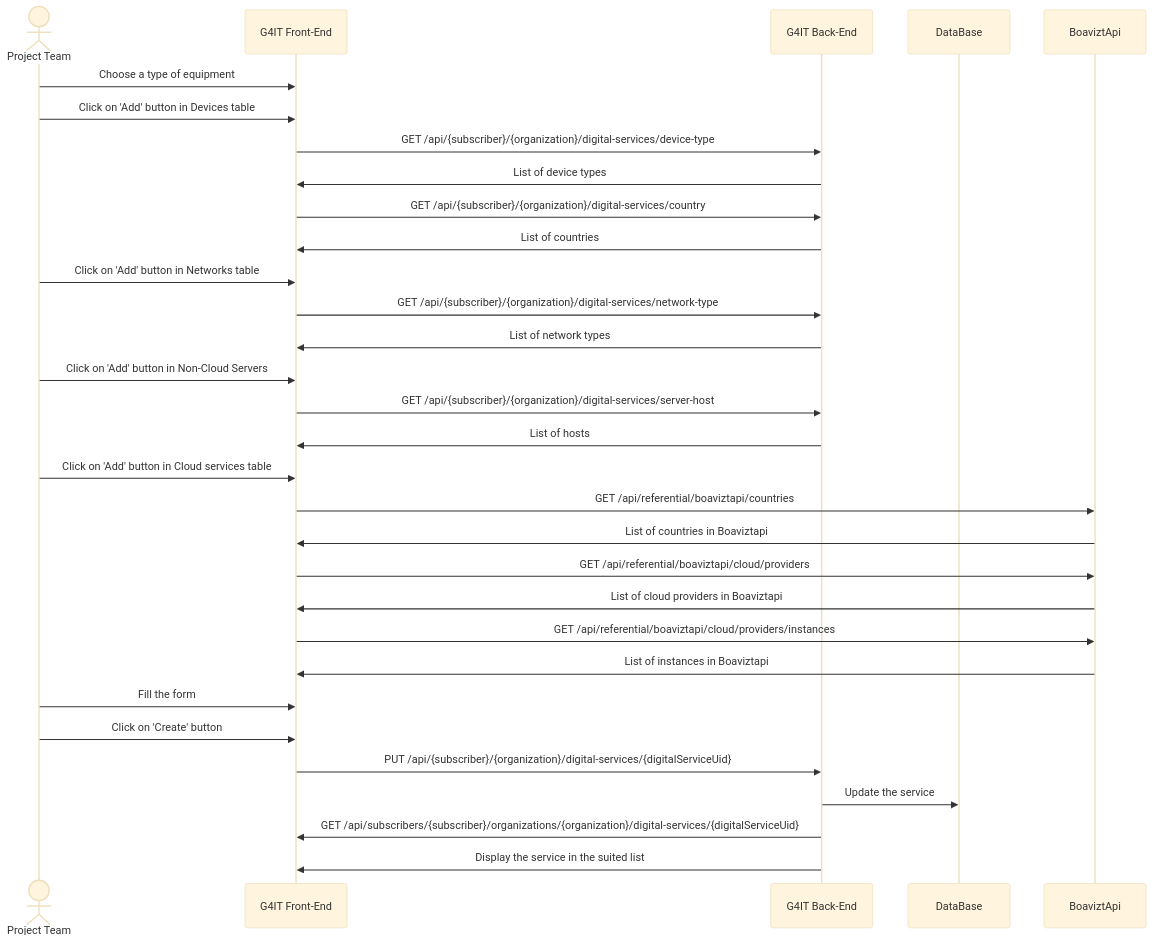
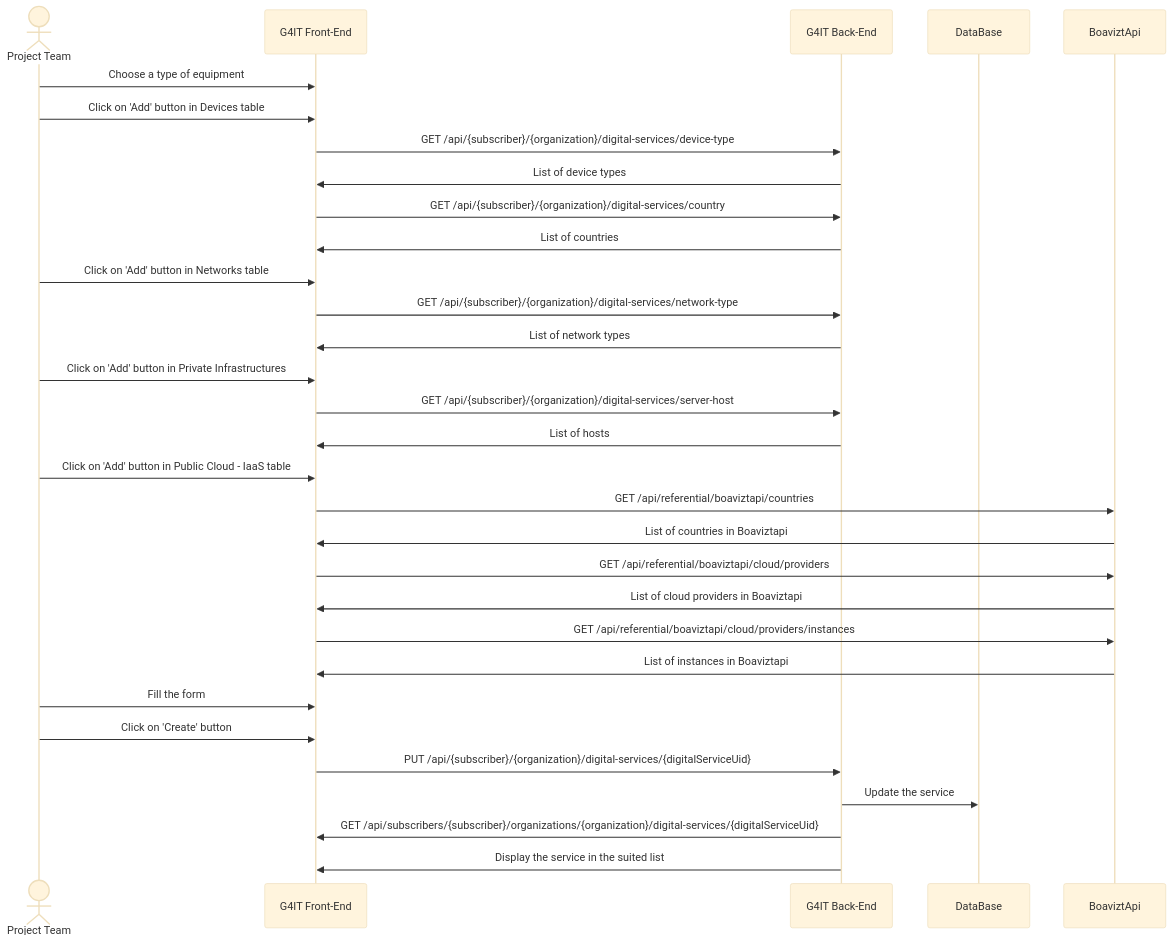
One commit to teamg4it/g4it changed the second of 2 diagrams in services/documentation/content/2-functional-documentation/use_cases/uc_digital_services/uc3_add_visualize_equipments/_index.md. Above: the diagram before and after it, drawn with Mermaid (base theme). The commit also changed other lines of this file and 51 other files, not shown here.

```diff
--- a/services/documentation/content/2-functional-documentation/use_cases/uc_digital_services/uc3_add_visualize_equipments/_index.md
+++ b/services/documentation/content/2-functional-documentation/use_cases/uc_digital_services/uc3_add_visualize_equipments/_index.md
@@ -56,38 +56,38 @@
 {{< mermaid >}}
 sequenceDiagram
 actor RND as Project Team
 participant front as G4IT Front-End
 participant back as G4IT Back-End
 participant DataBase
 participant BoaviztApi
 
 RND ->> front: Choose a type of equipment
 RND ->> front: Click on 'Add' button in Devices table
 front ->> back: GET /api/{subscriber}/{organization}/digital-services/device-type
 back ->> front: List of device types
 front ->> back: GET /api/{subscriber}/{organization}/digital-services/country
 back ->> front: List of countries
 RND ->> front: Click on 'Add' button in Networks table
 front ->> back: GET /api/{subscriber}/{organization}/digital-services/network-type
 back ->> front: List of network types
-RND ->> front: Click on 'Add' button in Non-Cloud Servers
+RND ->> front: Click on 'Add' button in Private Infrastructures
 front ->> back: GET /api/{subscriber}/{organization}/digital-services/server-host
 back ->> front: List of hosts
 
-RND ->> front: Click on 'Add' button in Cloud services table
+RND ->> front: Click on 'Add' button in Public Cloud - IaaS table
 front ->> BoaviztApi: GET /api/referential/boaviztapi/countries
 BoaviztApi ->> front: List of countries in Boaviztapi
 front ->> BoaviztApi: GET /api/referential/boaviztapi/cloud/providers
 BoaviztApi ->> front: List of cloud providers in Boaviztapi
 front ->> BoaviztApi: GET /api/referential/boaviztapi/cloud/providers/instances
 BoaviztApi ->> front: List of instances in Boaviztapi
 
 RND ->> front: Fill the form
 RND ->> front: Click on 'Create' button
 front ->> back: PUT /api/{subscriber}/{organization}/digital-services/{digitalServiceUid}
 
 back ->> DataBase: Update the service
 back ->> front: GET /api/subscribers/{subscriber}/organizations/{organization}/digital-services/{digitalServiceUid}
 back ->> front: Display the service in the suited list
 
 {{< /mermaid >}}
```
